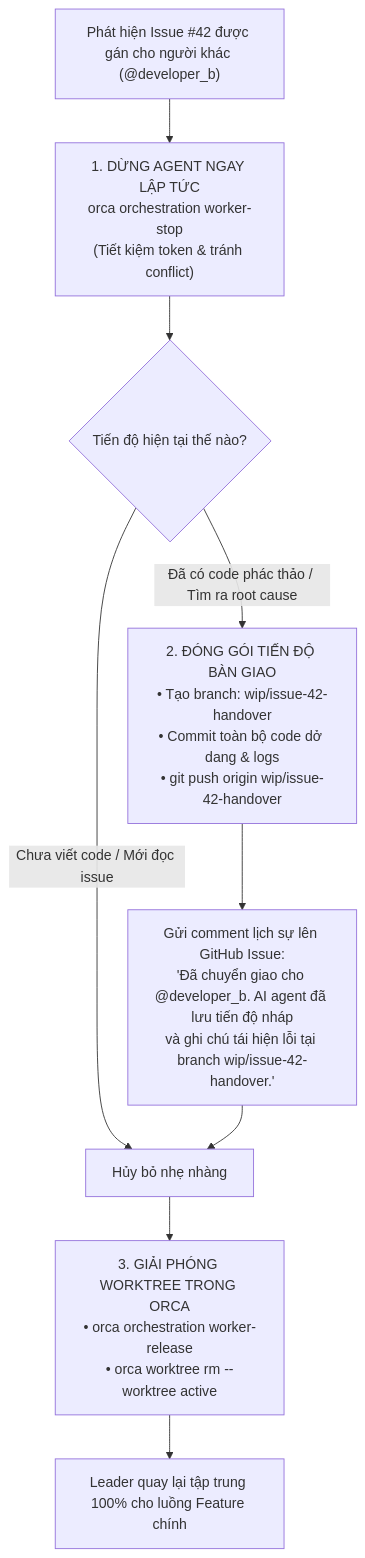
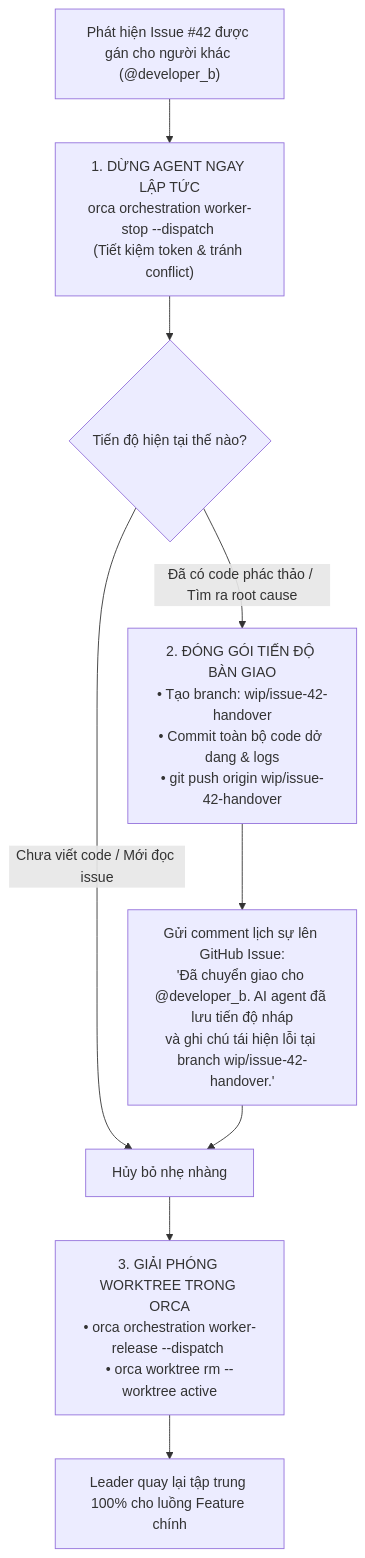
The third of 8 diagrams in docs/workflows.md (thapld/orca-multi-agent-orchestrator), drawn with Mermaid before and after one commit. The commit also changed other lines of this file and 8 other files, not shown here.

````diff
--- a/docs/workflows.md
+++ b/docs/workflows.md
@@ -92,18 +92,18 @@
 ```mermaid
 flowchart TD
-    ReassignEvent["Phát hiện Issue #42 được gán cho người khác (@developer_b)"] --> StopAgent["1. DỪNG AGENT NGAY LẬP TỨC\norca orchestration worker-stop\n(Tiết kiệm token & tránh conflict)"]
+    ReassignEvent["Phát hiện Issue #42 được gán cho người khác (@developer_b)"] --> StopAgent["1. DỪNG AGENT NGAY LẬP TỨC\norca orchestration worker-stop --dispatch <id>\n(Tiết kiệm token & tránh conflict)"]
     
     StopAgent --> AssessState{"Tiến độ hiện tại thế nào?"}
     
     AssessState -- "Chưa viết code / Mới đọc issue" --> DirectRelease["Hủy bỏ nhẹ nhàng"]
     
     AssessState -- "Đã có code phác thảo / Tìm ra root cause" --> MakeHandoff["2. ĐÓNG GÓI TIẾN ĐỘ BÀN GIAO\n• Tạo branch: wip/issue-42-handover\n• Commit toàn bộ code dở dang & logs\n• git push origin wip/issue-42-handover"]
     
     MakeHandoff --> PostComment["Gửi comment lịch sự lên GitHub Issue:\n'Đã chuyển giao cho @developer_b. AI agent đã lưu tiến độ nháp\nvà ghi chú tái hiện lỗi tại branch wip/issue-42-handover.'"]
     
     PostComment --> DirectRelease
     
-    DirectRelease --> Cleanup["3. GIẢI PHÓNG WORKTREE TRONG ORCA\n• orca orchestration worker-release\n• orca worktree rm --worktree active"]
+    DirectRelease --> Cleanup["3. GIẢI PHÓNG WORKTREE TRONG ORCA\n• orca orchestration worker-release --dispatch <id>\n• orca worktree rm --worktree active"]
     
     Cleanup --> ResumeMain["Leader quay lại tập trung 100% cho luồng Feature chính"]
 ```
````
